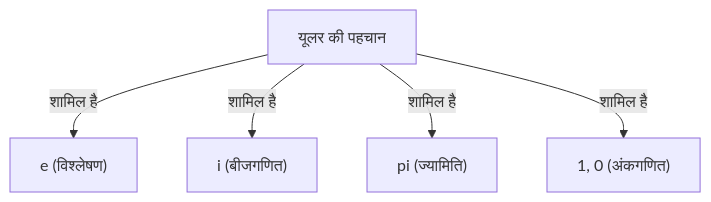
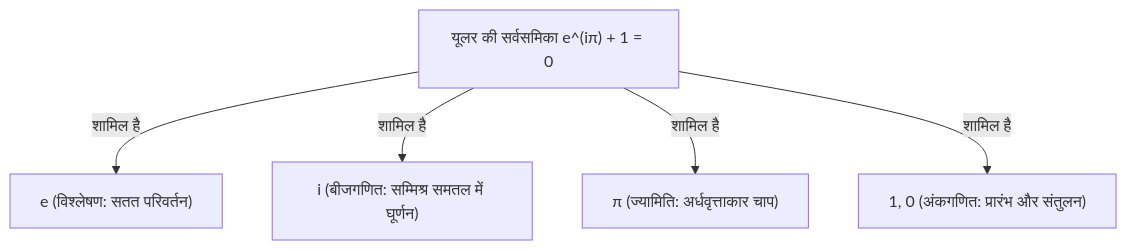
Before and after one commit to kenjinote/blog: the diagram in content/post/eulers-identity/index.hi.md, drawn with Mermaid. The commit also changed other lines of this file and 6 other files, not shown here.

````diff
--- a/content/post/eulers-identity/index.hi.md
+++ b/content/post/eulers-identity/index.hi.md
@@ -31,7 +142,7 @@
 ```mermaid
 graph TD
-    A["यूलर की पहचान"] -->|"शामिल है"| B["e (विश्लेषण)"]
-    A -->|"शामिल है"| C["i (बीजगणित)"]
-    A -->|"शामिल है"| D["pi (ज्यामिति)"]
-    A -->|"शामिल है"| E["1, 0 (अंकगणित)"]
+    A["यूलर की सर्वसमिका e^(iπ) + 1 = 0"] -->|"शामिल है"| B["e (विश्लेषण: सतत परिवर्तन)"]
+    A -->|"शामिल है"| C["i (बीजगणित: सम्मिश्र समतल में घूर्णन)"]
+    A -->|"शामिल है"| D["π (ज्यामिति: अर्धवृत्ताकार चाप)"]
+    A -->|"शामिल है"| E["1, 0 (अंकगणित: प्रारंभ और संतुलन)"]
 ```
````
